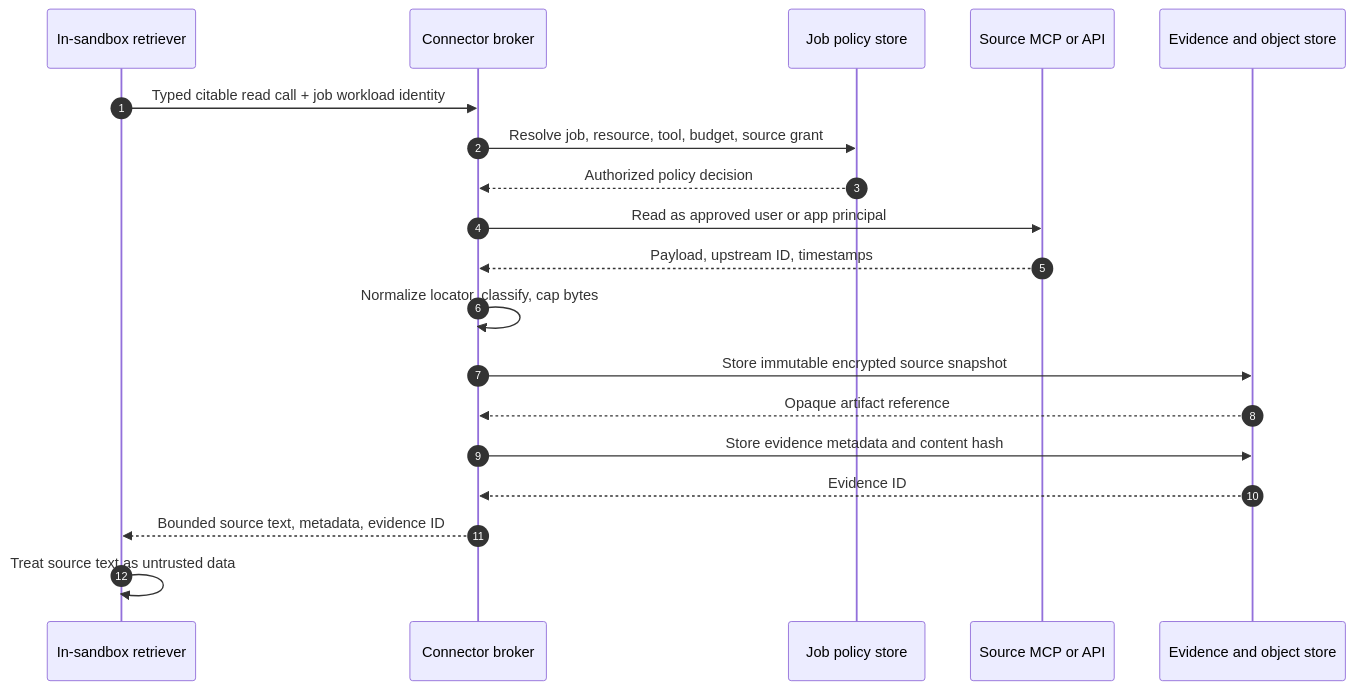
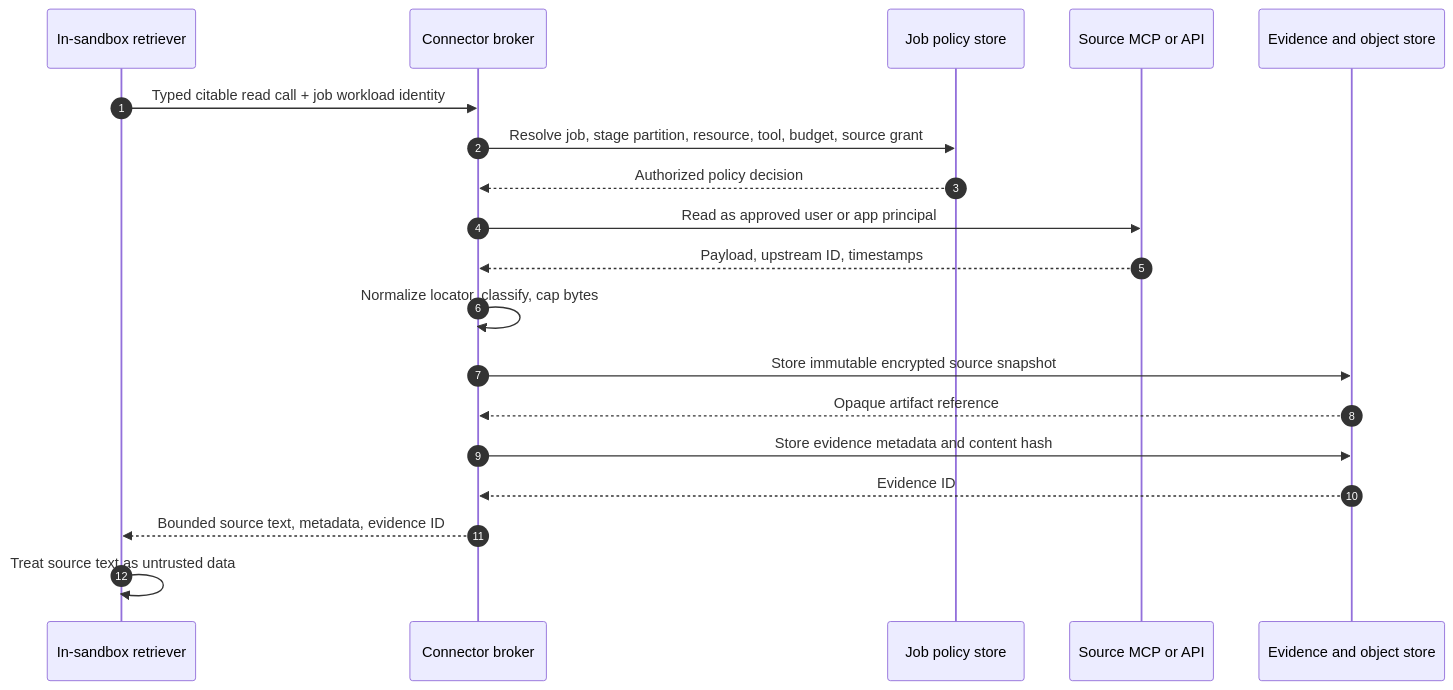
The third of 9 diagrams in docs/design/research-and-evidence.md (gvaibhav/openshell-deep-research-platform), drawn with Mermaid before and after one commit. The commit also changed other lines of this file and 48 other files, not shown here.

````diff
--- a/docs/design/research-and-evidence.md
+++ b/docs/design/research-and-evidence.md
@@ -90,22 +131,22 @@
 ```mermaid
 sequenceDiagram
     autonumber
     participant W as In-sandbox retriever
     participant B as Connector broker
     participant P as Job policy store
     participant S as Source MCP or API
     participant E as Evidence and object store
 
     W->>B: Typed citable read call + job workload identity
-    B->>P: Resolve job, resource, tool, budget, source grant
+    B->>P: Resolve job, stage partition, resource, tool, budget, source grant
     P-->>B: Authorized policy decision
     B->>S: Read as approved user or app principal
     S-->>B: Payload, upstream ID, timestamps
     B->>B: Normalize locator, classify, cap bytes
     B->>E: Store immutable encrypted source snapshot
     E-->>B: Opaque artifact reference
     B->>E: Store evidence metadata and content hash
     E-->>B: Evidence ID
     B-->>W: Bounded source text, metadata, evidence ID
     W->>W: Treat source text as untrusted data
 ```
````
